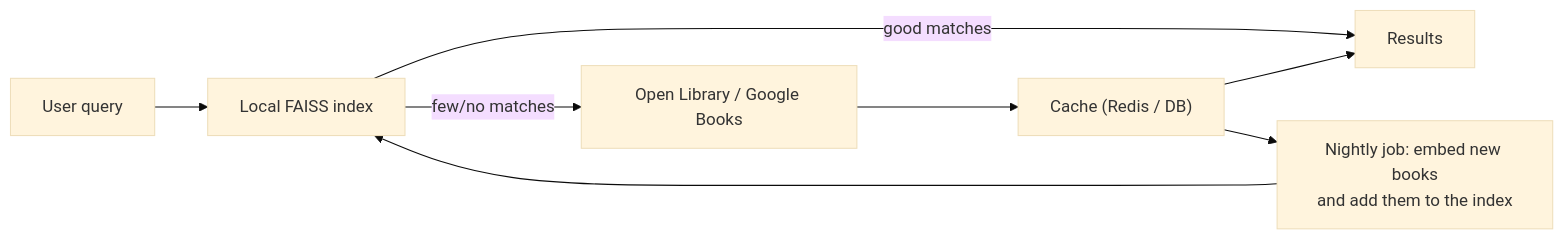
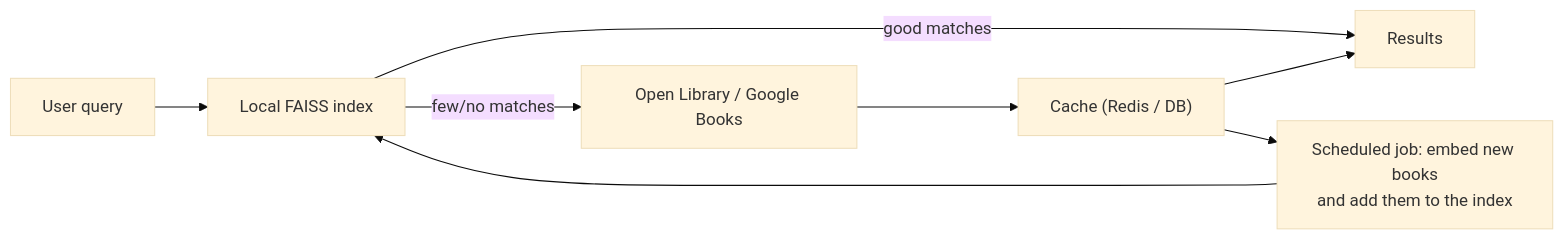
The diagram in docs/ROADMAP.md (YogitaPatil5/hybrid_book_recommender), drawn with Mermaid (base theme) before and after one commit. The commit also changed other lines of this file and 13 other files, not shown here.

````diff
--- a/docs/ROADMAP.md
+++ b/docs/ROADMAP.md
@@ -37,10 +66,10 @@
 ```mermaid
 flowchart LR
     Q["User query"] --> L["Local FAISS index"]
     L -->|"good matches"| R["Results"]
     L -->|"few/no matches"| API["Open Library / Google Books"]
     API --> C["Cache (Redis / DB)"]
     C --> R
-    C --> J["Nightly job: embed new books<br/>and add them to the index"]
+    C --> J["Scheduled job: embed new books<br/>and add them to the index"]
     J --> L
 ```
````
